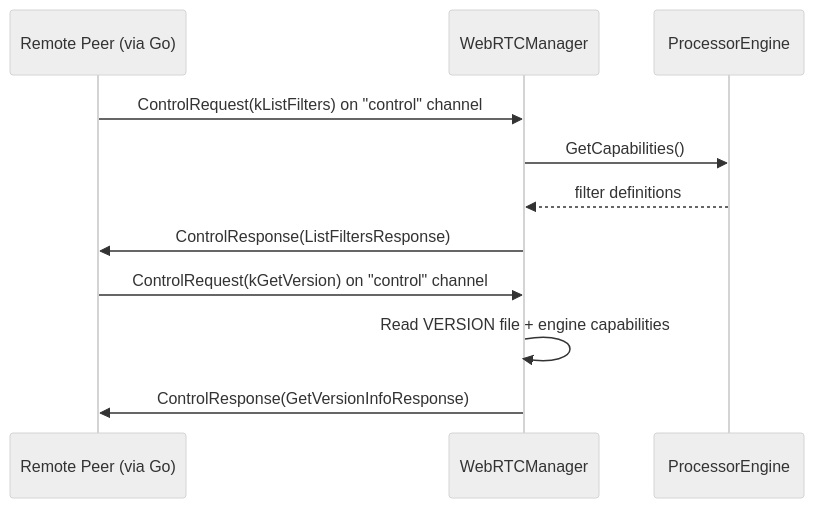
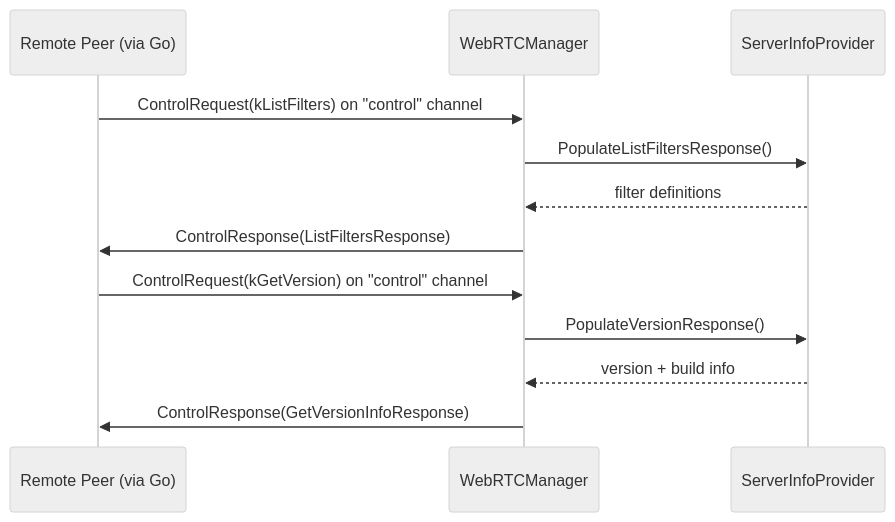
Before and after one commit to josnelihurt/learning-cuda: the sixth of 6 diagrams in src/cpp_accelerator/README.md, drawn with Mermaid (neutral theme). The commit also changed other lines of this file and 21 other files, not shown here.

````diff
--- a/src/cpp_accelerator/README.md
+++ b/src/cpp_accelerator/README.md
@@ -270,15 +272,16 @@
 ```mermaid
 sequenceDiagram
     participant Peer as Remote Peer (via Go)
     participant WRTC as WebRTCManager
-    participant Engine as ProcessorEngine
+    participant Info as ServerInfoProvider
 
     Peer->>WRTC: ControlRequest(kListFilters) on "control" channel
-    WRTC->>Engine: GetCapabilities()
-    Engine-->>WRTC: filter definitions
+    WRTC->>Info: PopulateListFiltersResponse()
+    Info-->>WRTC: filter definitions
     WRTC->>Peer: ControlResponse(ListFiltersResponse)
 
     Peer->>WRTC: ControlRequest(kGetVersion) on "control" channel
-    WRTC->>WRTC: Read VERSION file + engine capabilities
+    WRTC->>Info: PopulateVersionResponse()
+    Info-->>WRTC: version + build info
     WRTC->>Peer: ControlResponse(GetVersionInfoResponse)
 ```
````
